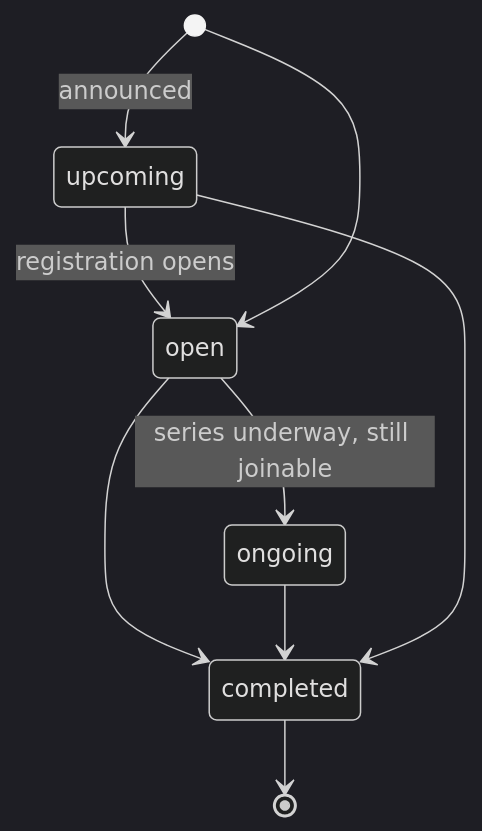
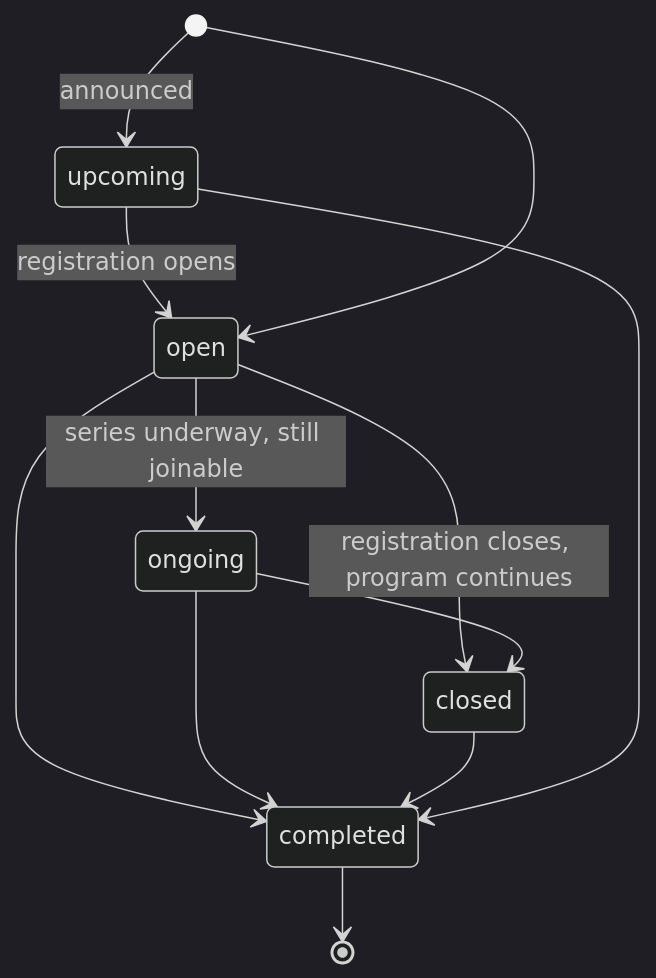
One commit to Sabeel-Institute/sabeel-website-test changed the second of 2 diagrams in AGENTS.md. Above: the diagram before and after it, drawn with Mermaid (dark theme). The commit also changed other lines of this file and 6 other files, not shown here.

````diff
--- a/AGENTS.md
+++ b/AGENTS.md
@@ -122,11 +122,14 @@
 ```mermaid
 stateDiagram-v2
   [*] --> upcoming: announced
   upcoming --> open: registration opens
   [*] --> open
   open --> ongoing: series underway, still joinable
+  open --> closed: registration closes, program continues
+  ongoing --> closed
   open --> completed
   ongoing --> completed
+  closed --> completed
   upcoming --> completed
   completed --> [*]
 ```
````
